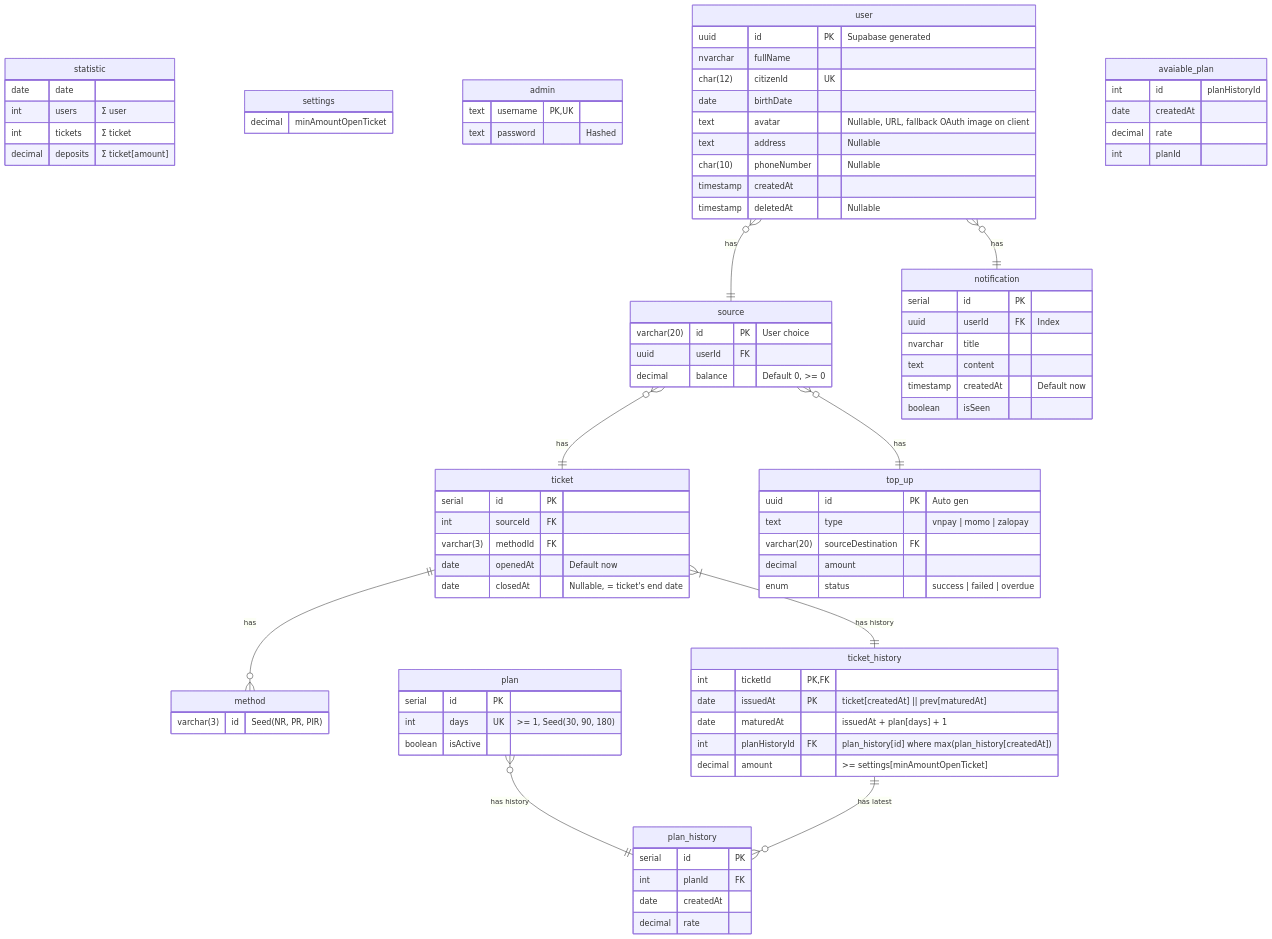
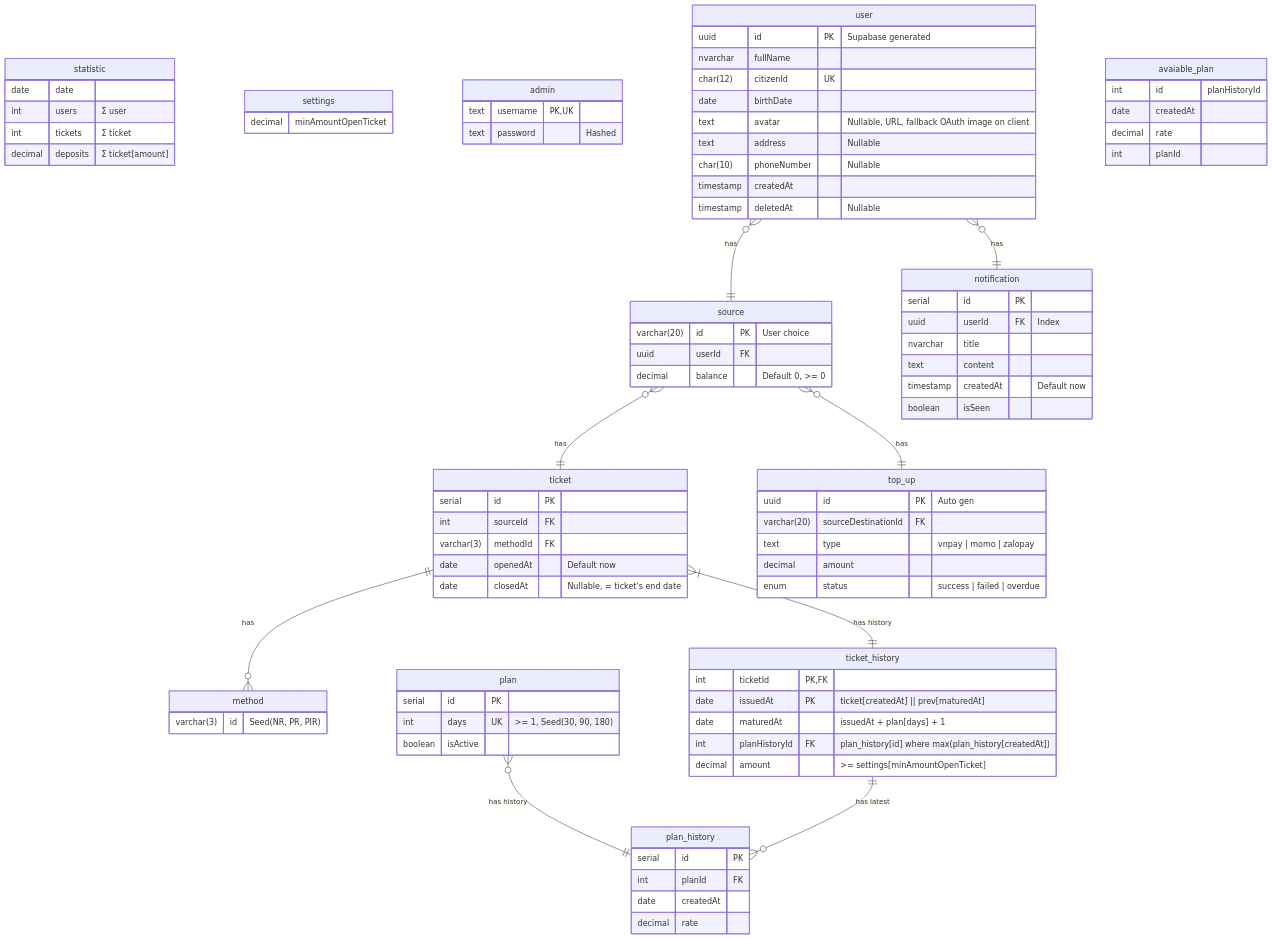
The diagram in docs/diagrams/database.md (coinhub-uit/coinhub-uit.github.io), drawn with Mermaid before and after one commit.

Commit message:
choreI(db/top_up): change the order, name of sourceDestination

```diff
--- a/docs/diagrams/database.md
+++ b/docs/diagrams/database.md
@@ -91,8 +91,8 @@
 
   top_up {
     uuid id PK "Auto gen"
+    varchar(20) sourceDestinationId FK
     text type "vnpay | momo | zalopay"
-    varchar(20) sourceDestination FK
     decimal amount
     enum status "success | failed | overdue"
   }
```
